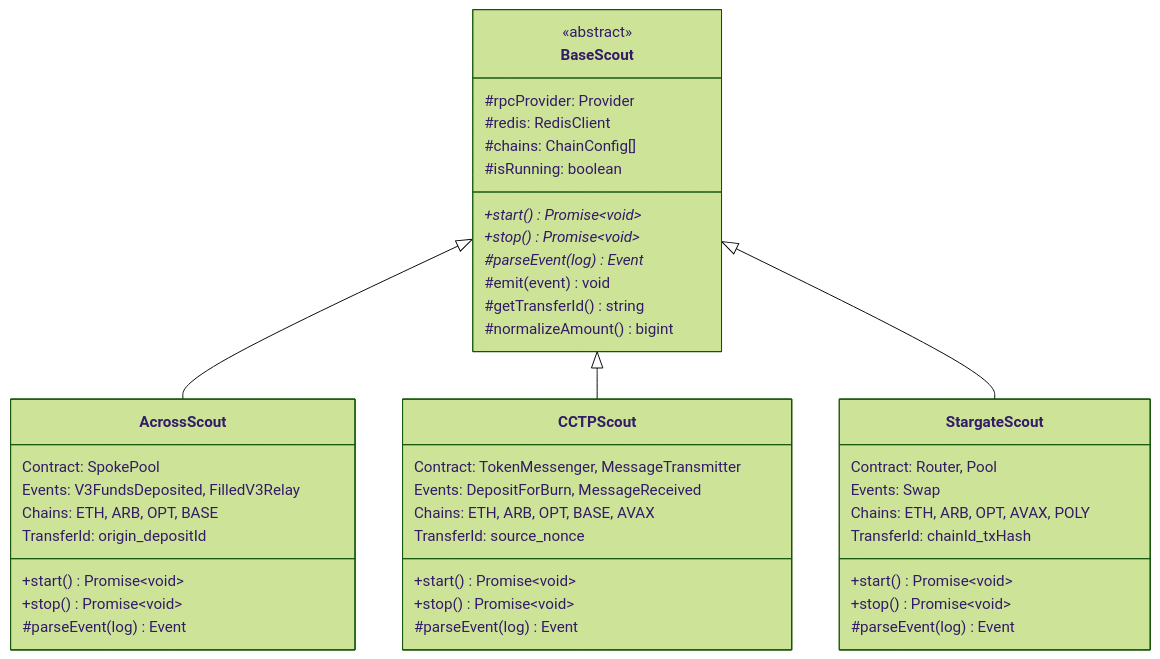
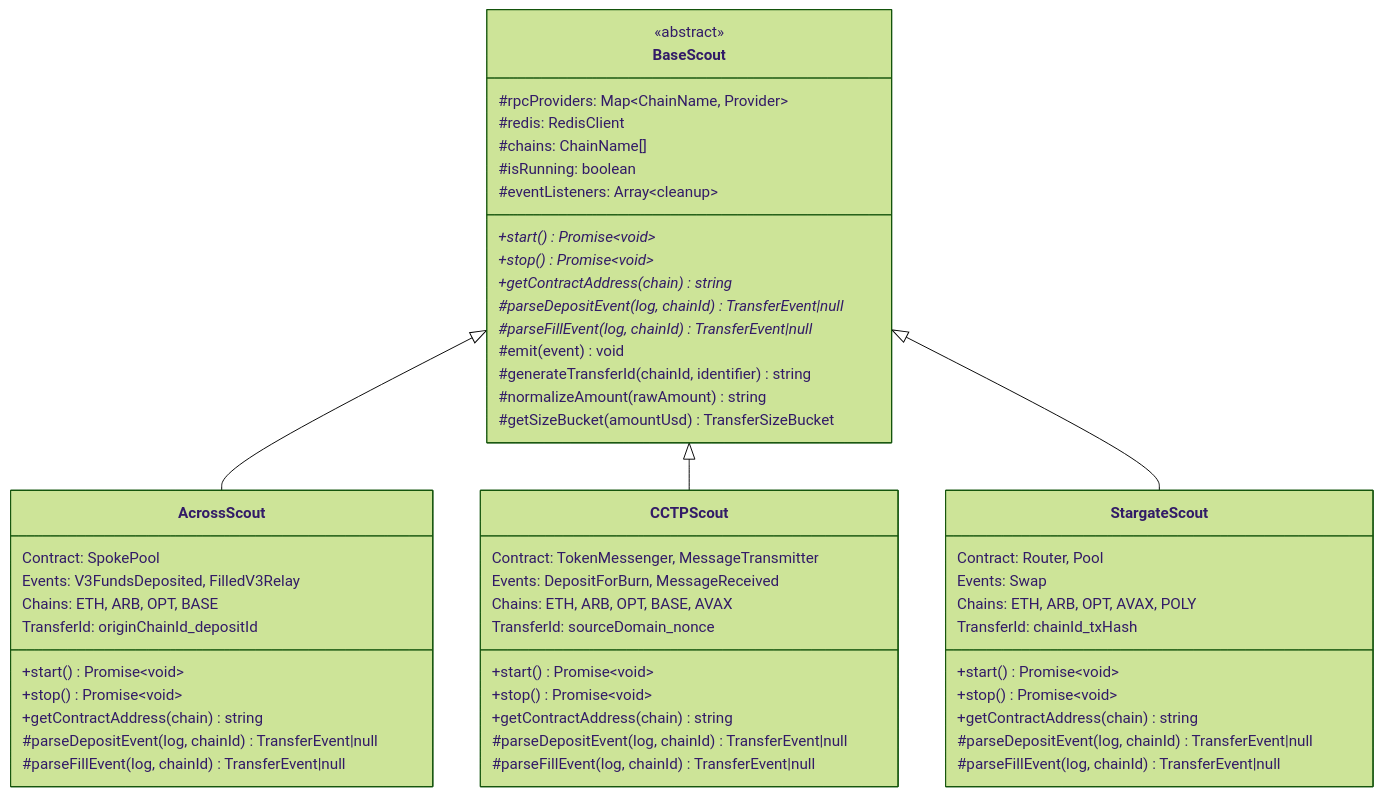
Before and after one commit to Jason-Dorman/corridor-scouts: the fifth of 10 diagrams in docs/SYSTEM-SPEC.md, drawn with Mermaid (forest theme). The commit also changed 2 other files, not shown here.

Commit message:
adding base scout

````diff
--- a/docs/SYSTEM-SPEC.md
+++ b/docs/SYSTEM-SPEC.md
@@ -315,50 +315,60 @@
 ```mermaid
 classDiagram
     class BaseScout {
         <<abstract>>
-        #rpcProvider: Provider
+        #rpcProviders: Map~ChainName, Provider~
         #redis: RedisClient
-        #chains: ChainConfig[]
+        #chains: ChainName[]
         #isRunning: boolean
+        #eventListeners: Array~cleanup~
         +start()* Promise~void~
         +stop()* Promise~void~
-        #parseEvent(log)* Event
+        +getContractAddress(chain)* string
+        #parseDepositEvent(log, chainId)* TransferEvent|null
+        #parseFillEvent(log, chainId)* TransferEvent|null
         #emit(event) void
-        #getTransferId() string
-        #normalizeAmount() bigint
+        #generateTransferId(chainId, identifier) string
+        #normalizeAmount(rawAmount) string
+        #getSizeBucket(amountUsd) TransferSizeBucket
     }
 
     class AcrossScout {
         Contract: SpokePool
         Events: V3FundsDeposited, FilledV3Relay
         Chains: ETH, ARB, OPT, BASE
-        TransferId: origin_depositId
+        TransferId: originChainId_depositId
         +start() Promise~void~
         +stop() Promise~void~
-        #parseEvent(log) Event
+        +getContractAddress(chain) string
+        #parseDepositEvent(log, chainId) TransferEvent|null
+        #parseFillEvent(log, chainId) TransferEvent|null
     }
 
     class CCTPScout {
         Contract: TokenMessenger, MessageTransmitter
         Events: DepositForBurn, MessageReceived
         Chains: ETH, ARB, OPT, BASE, AVAX
-        TransferId: source_nonce
+        TransferId: sourceDomain_nonce
         +start() Promise~void~
         +stop() Promise~void~
-        #parseEvent(log) Event
+        +getContractAddress(chain) string
+        #parseDepositEvent(log, chainId) TransferEvent|null
+        #parseFillEvent(log, chainId) TransferEvent|null
     }
 
     class StargateScout {
         Contract: Router, Pool
         Events: Swap
         Chains: ETH, ARB, OPT, AVAX, POLY
         TransferId: chainId_txHash
         +start() Promise~void~
         +stop() Promise~void~
-        #parseEvent(log) Event
+        +getContractAddress(chain) string
+        #parseDepositEvent(log, chainId) TransferEvent|null
+        #parseFillEvent(log, chainId) TransferEvent|null
     }
 
     BaseScout <|-- AcrossScout
     BaseScout <|-- CCTPScout
     BaseScout <|-- StargateScout
 ```
````
